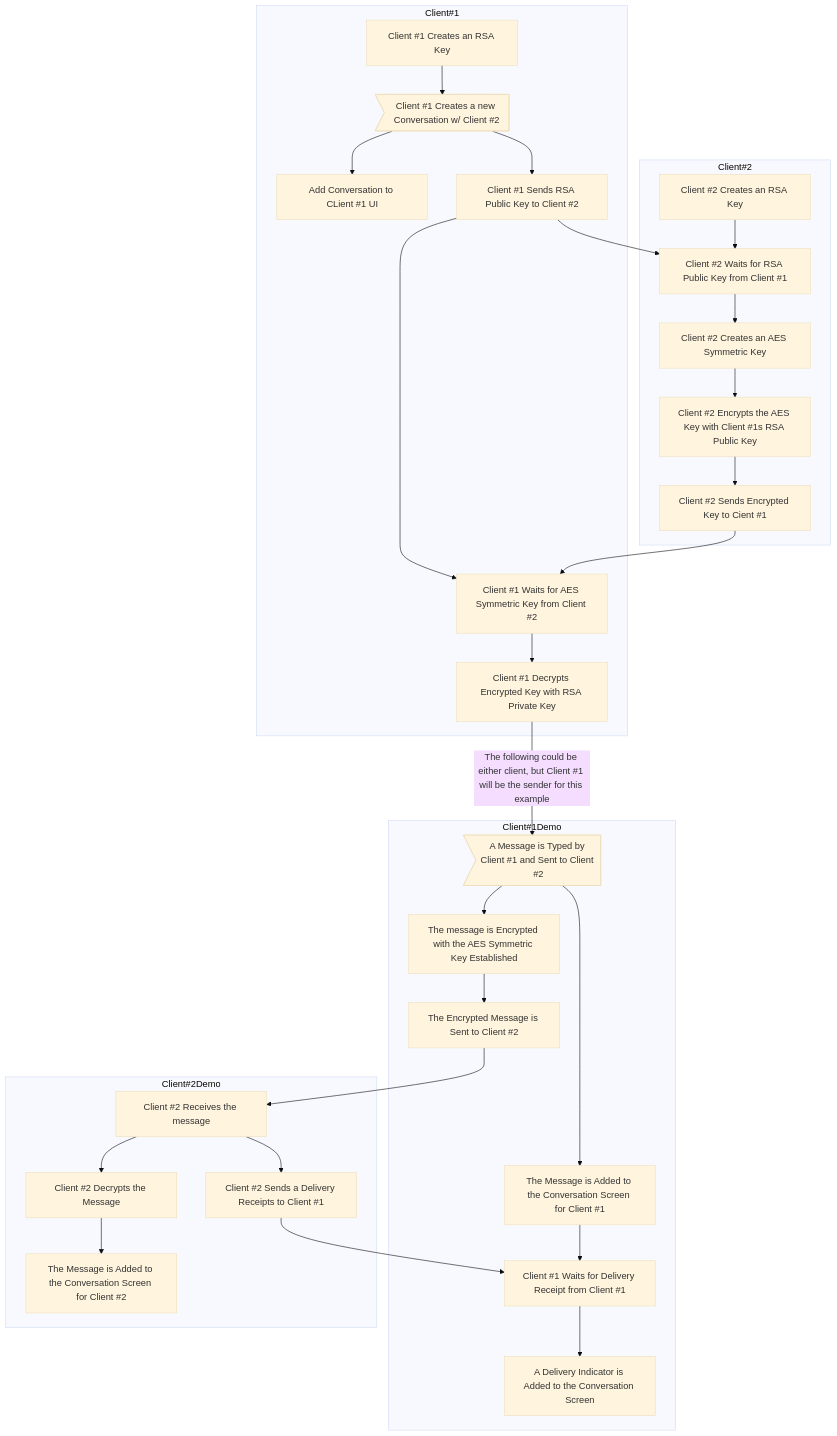
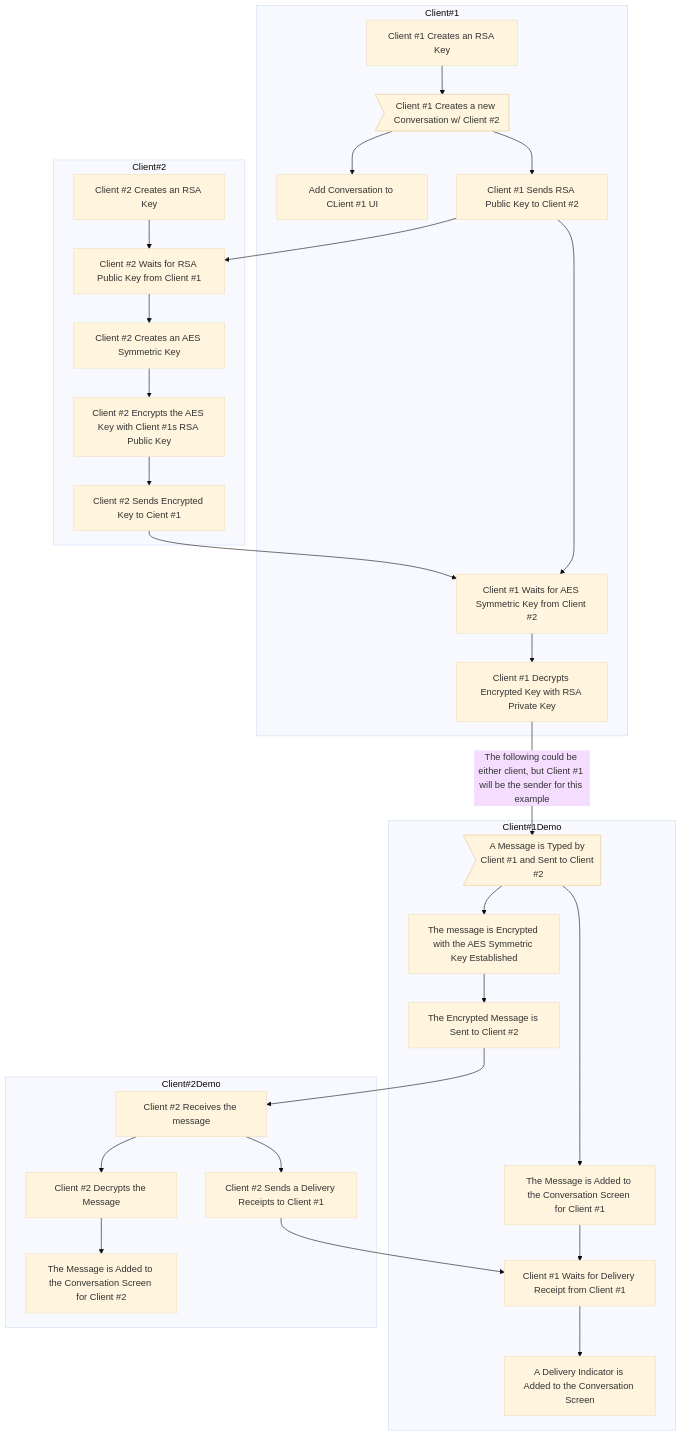
The diagram in README.md (xXCrash2BomberXx/TinyChat), drawn with Mermaid (base theme) before and after one commit.

````diff
--- a/README.md
+++ b/README.md
@@ -72,35 +72,35 @@
 ```mermaid
 graph TB;
   subgraph "Client#1"
   A[Client #1 Creates an RSA Key] --> B>Client #1 Creates a new Conversation w/ Client #2];
   B --> D[Add Conversation to CLient #1 UI];
   B --> E[Client #1 Sends RSA Public Key to Client #2];
   end
+  E --> G;
   subgraph "Client#2"
   F[Client #2 Creates an RSA Key] --> G[Client #2 Waits for RSA Public Key from Client #1];
-  E --> G;
   G --> H[Client #2 Creates an AES Symmetric Key];
   H -->I[Client #2 Encrypts the AES Key with Client #1s RSA Public Key];
   I -->J[Client #2 Sends Encrypted Key to Cient #1];
   end
+  J --> K;
   subgraph "Client#1"
   E --> K[Client #1 Waits for AES Symmetric Key from Client #2];
-  J --> K;
   K --> L[Client #1 Decrypts Encrypted Key with RSA Private Key];
   end
   subgraph "Client#1Demo"
   L --> |The following could be either client, but Client #1 will be the sender for this example| M>A Message is Typed by Client #1 and Sent to Client #2];
   M --> N[The message is Encrypted with the AES Symmetric Key Established];
   N --> O[The Encrypted Message is Sent to Client #2];
   M --> Q[The Message is Added to the Conversation Screen for Client #1];
   Q --> R[Client #1 Waits for Delivery Receipt from Client #1];
   R --> V[A Delivery Indicator is Added to the Conversation Screen];
   end
+  O --> P;
   subgraph "Client#2Demo"
-  O --> P[Client #2 Receives the message];
-  P --> S[Client #2 Decrypts the Message];
+  P[Client #2 Receives the message] --> S[Client #2 Decrypts the Message];
   S --> T[The Message is Added to the Conversation Screen for Client #2];
   P --> U[Client #2 Sends a Delivery Receipts to Client #1];
+  end
   U --> R;
-  end
 ```
````
